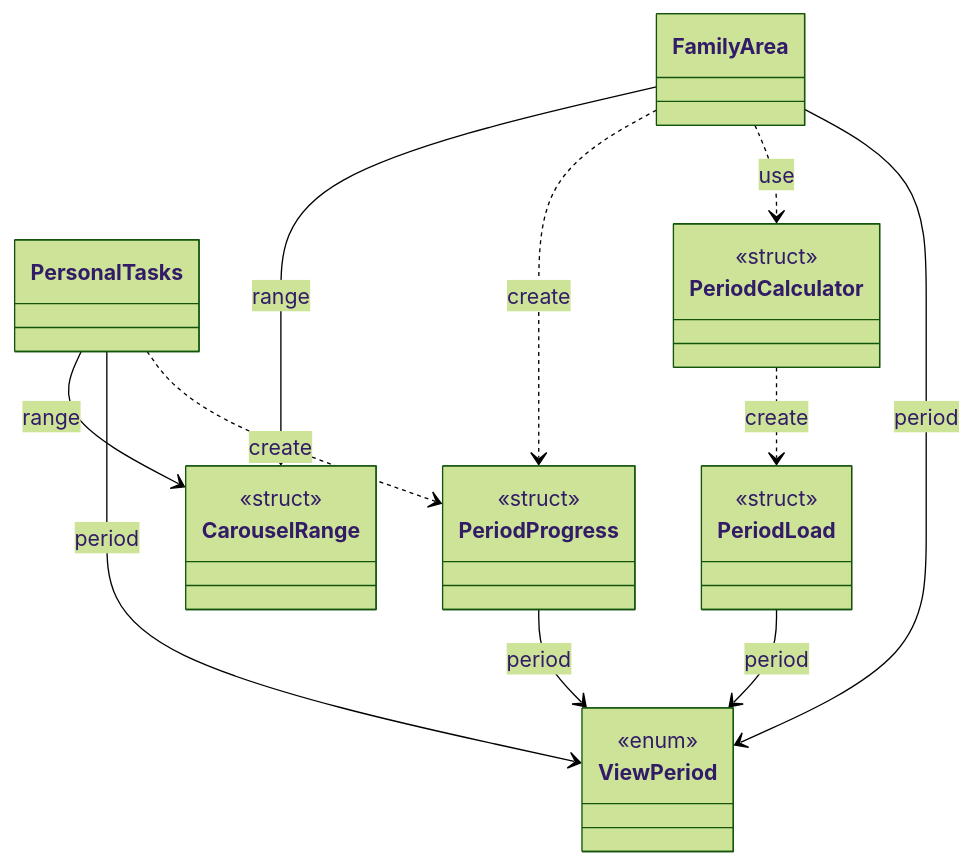
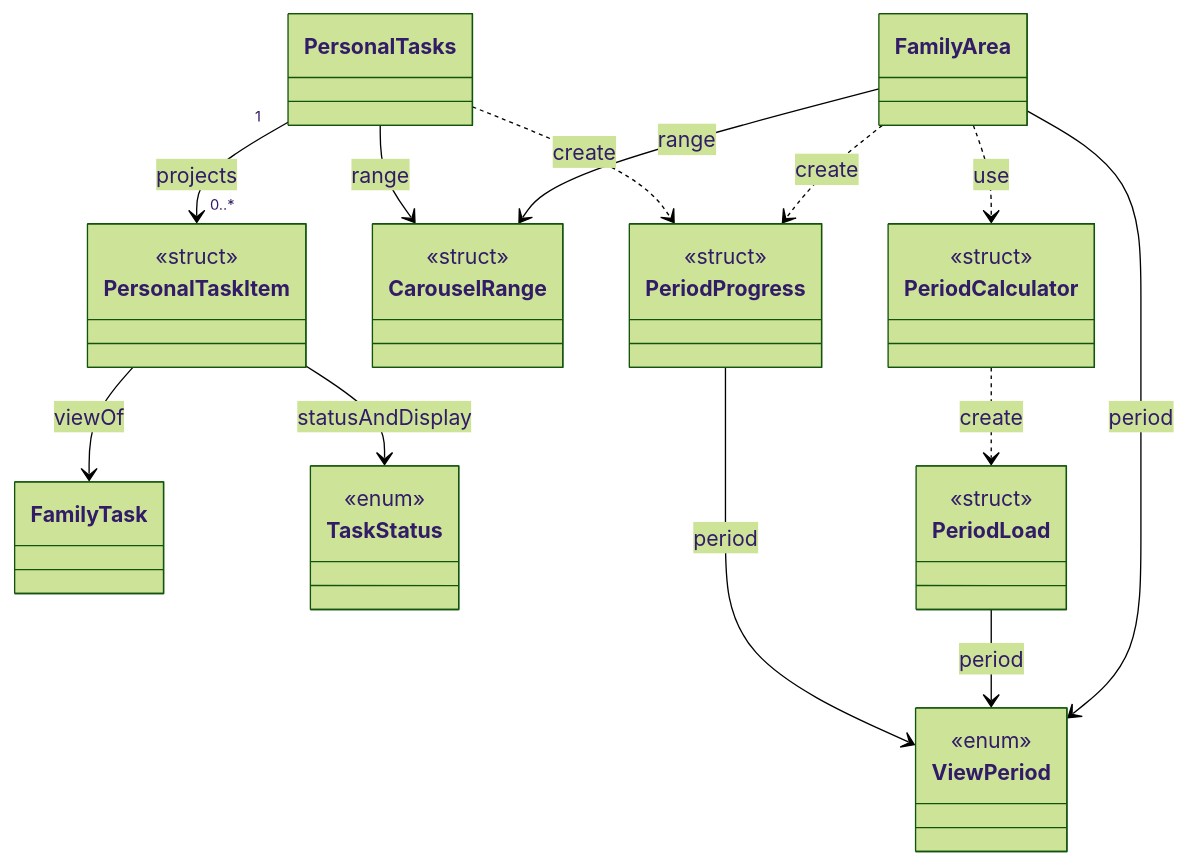
The third of 6 diagrams in docs/06-diagrama-de-classes.md (lizandramalta/App-Rotina-Familiar), drawn with Mermaid (forest theme) before and after one commit. The commit also changed other lines of this file and 24 other files, not shown here.

````diff
--- a/docs/06-diagrama-de-classes.md
+++ b/docs/06-diagrama-de-classes.md
@@ -599,25 +695,32 @@
 ```mermaid
 classDiagram
     class PersonalTasks
+    class PersonalTaskItem
+    <<struct>> PersonalTaskItem
+    class FamilyTask
+    class TaskStatus
+    <<enum>> TaskStatus
     class FamilyArea
     class CarouselRange
     <<struct>> CarouselRange
     class ViewPeriod
     <<enum>> ViewPeriod
     class PeriodProgress
     <<struct>> PeriodProgress
     class PeriodLoad
     <<struct>> PeriodLoad
     class PeriodCalculator
     <<struct>> PeriodCalculator
     FamilyArea --> CarouselRange : range
     FamilyArea ..> PeriodProgress : create
     FamilyArea ..> PeriodCalculator : use
     PeriodCalculator ..> PeriodLoad : create
     FamilyArea --> ViewPeriod : period
     PersonalTasks --> CarouselRange : range
-    PersonalTasks --> ViewPeriod : period
+    PersonalTasks "1" --> "0..*" PersonalTaskItem : projects
+    PersonalTaskItem --> FamilyTask : viewOf
+    PersonalTaskItem --> TaskStatus : statusAndDisplay
     PersonalTasks ..> PeriodProgress : create
     PeriodLoad --> ViewPeriod : period
     PeriodProgress --> ViewPeriod : period
 ```
````
